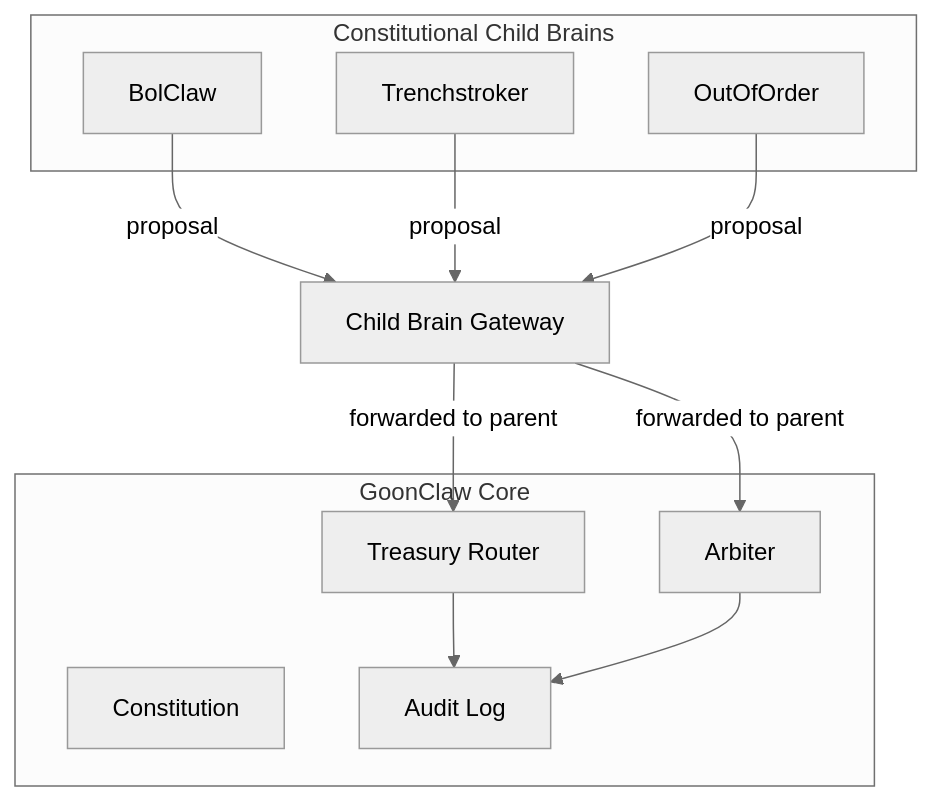
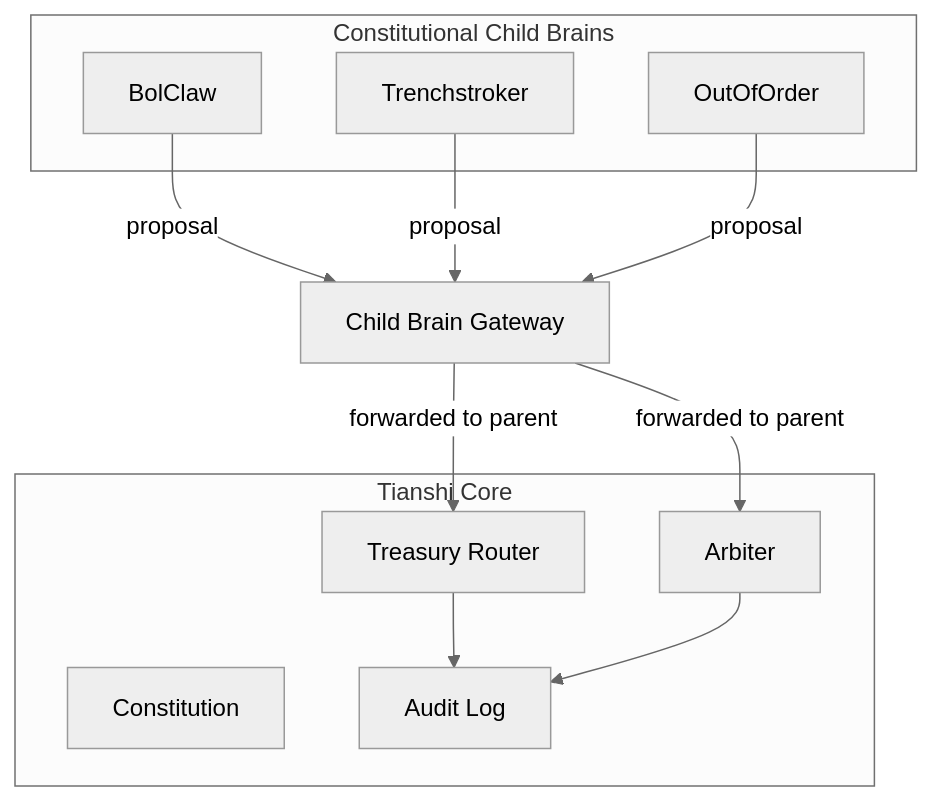
One commit to InterloperProtocol/Tianezha changed the diagram in docs/IMPLEMENTATION_NOTES.md. Above: the diagram before and after it, drawn with Mermaid (neutral theme). The commit also changed other lines of this file and 999 other files, not shown here.

Commit message:
Rename GoonClaw surface to Tianezha

````diff
--- a/docs/IMPLEMENTATION_NOTES.md
+++ b/docs/IMPLEMENTATION_NOTES.md
@@ -120,23 +120,23 @@
 ```mermaid
 flowchart TD
-  subgraph Parent["GoonClaw Core"]
+  subgraph Parent["Tianshi Core"]
     CT[Constitution]
     TR[Treasury Router]
     AR[Arbiter]
     AU[Audit Log]
   end
 
   subgraph Children["Constitutional Child Brains"]
     BO[BolClaw]
     TS[Trenchstroker]
     OO[OutOfOrder]
   end
 
   BO -->|proposal| GW[Child Brain Gateway]
   TS -->|proposal| GW
   OO -->|proposal| GW
   GW -->|forwarded to parent| TR
   GW -->|forwarded to parent| AR
   TR --> AU
   AR --> AU
 ```
````
